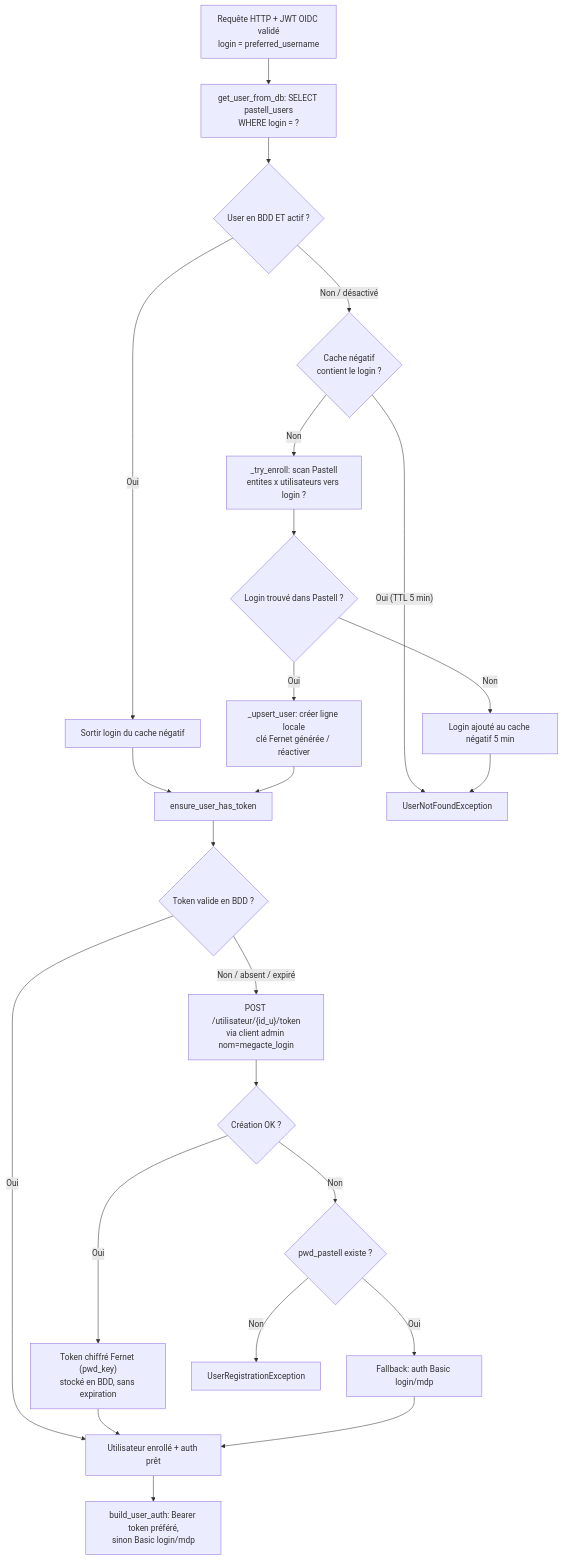
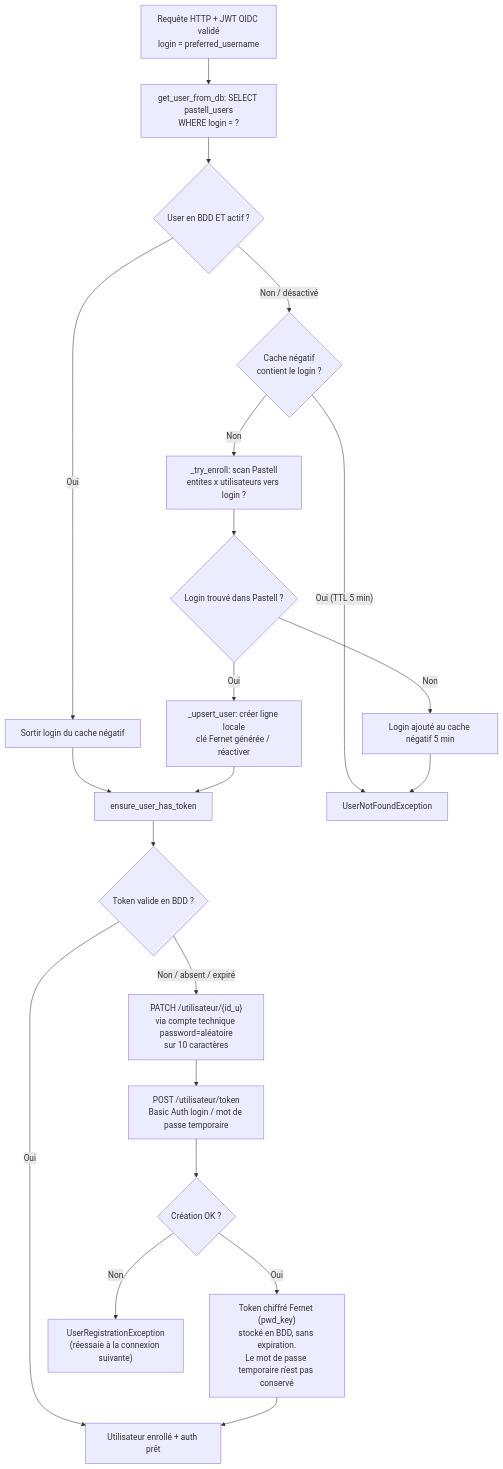
The second of 2 diagrams in back/docs/enrollment.md (megalis-bretagne/MegActe), drawn with Mermaid before and after one commit. The commit also changed other lines of this file and 8 other files, not shown here.

Commit message:
Enrollment process: fix multiple accounts with same login case, fix password generation (stronger password)

````diff
--- a/back/docs/enrollment.md
+++ b/back/docs/enrollment.md
@@ -52,23 +52,19 @@
 ```mermaid
 flowchart TD
     A[Requête HTTP + JWT OIDC validé<br/>login = preferred_username] --> B[get_user_from_db: SELECT pastell_users<br/>WHERE login = ?] --> C{User en BDD ET actif ?}
 
     C -- Oui --> D[Sortir login du cache négatif] --> E[ensure_user_has_token]
 
     C -- Non / désactivé --> F{Cache négatif<br/>contient le login ?}
     F -- Oui (TTL 5 min) --> G[UserNotFoundException]
     F -- Non --> H[_try_enroll: scan Pastell<br/>entites x utilisateurs vers login ?] --> I{Login trouvé dans Pastell ?}
     I -- Non --> J[Login ajouté au cache négatif 5 min] --> G
     I -- Oui --> K[_upsert_user: créer ligne locale<br/>clé Fernet générée / réactiver] --> E
 
     E --> L{Token valide en BDD ?}
     L -- Oui --> M[Utilisateur enrollé + auth prêt]
 
-    L -- Non / absent / expiré --> N["POST /utilisateur/{id_u}/token<br/>via client admin nom=megacte_login"] --> O{Création OK ?}
-    O -- Oui --> P["Token chiffré Fernet (pwd_key)<br/>stocké en BDD, sans expiration"] --> M
-    O -- Non --> Q{pwd_pastell existe ?}
-    Q -- Oui --> R[Fallback: auth Basic login/mdp] --> M
-    Q -- Non --> S[UserRegistrationException]
-
-    M --> T[build_user_auth: Bearer token préféré,<br/>sinon Basic login/mdp]
+    L -- Non / absent / expiré --> N["PATCH /utilisateur/{id_u}<br/>via compte technique password=aléatoire<br/>sur 10 caractères"] --> O["POST /utilisateur/token<br/>Basic Auth login / mot de passe temporaire"] --> P{Création OK ?}
+    P -- Oui --> Q["Token chiffré Fernet (pwd_key)<br/>stocké en BDD, sans expiration.<br/>Le mot de passe temporaire n'est pas conservé"] --> M
+    P -- Non --> R["UserRegistrationException<br/>(réessaie à la connexion suivante)"]
 ```
````
